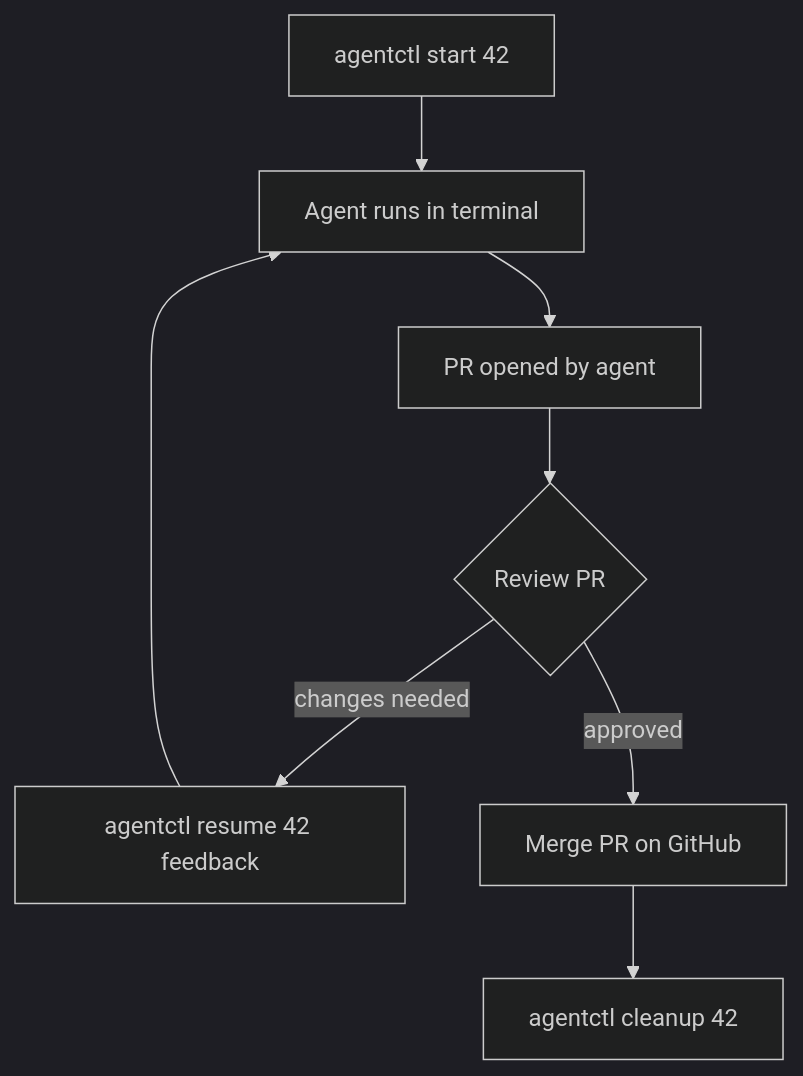
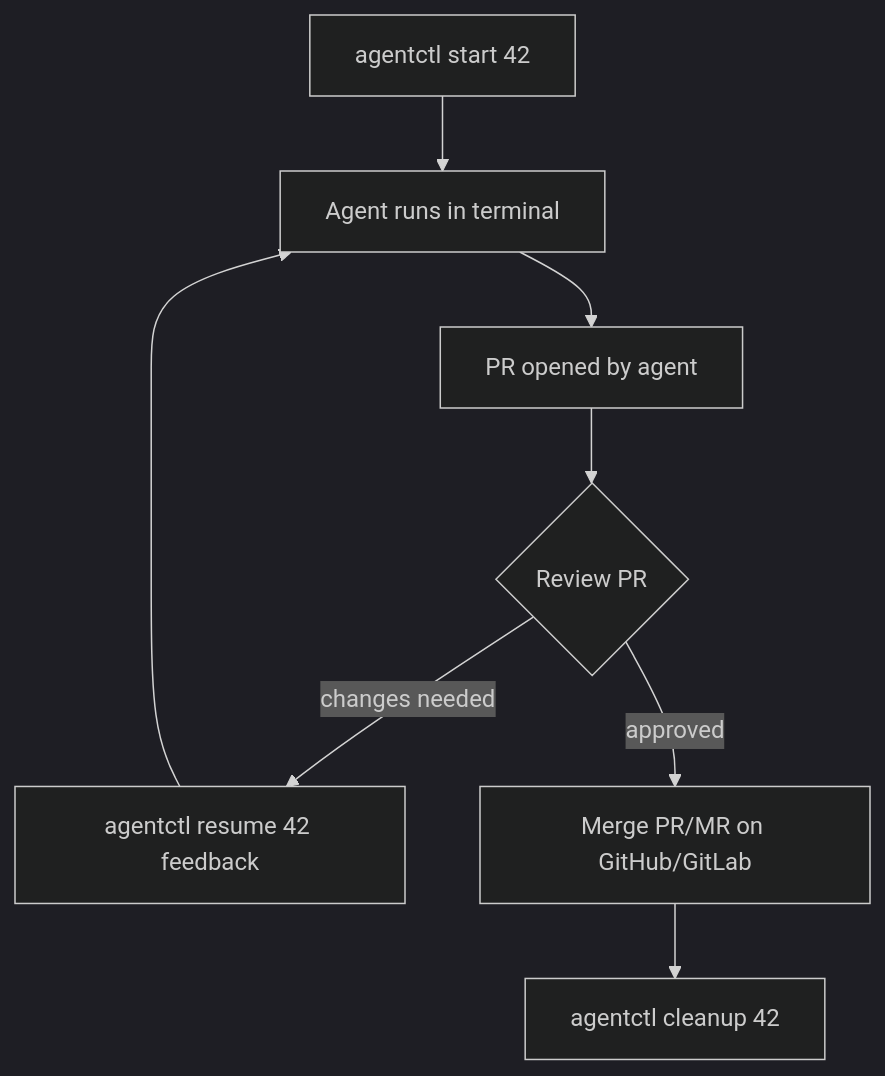
The first of 4 diagrams in docs/cli.md (arun-gupta/agentctl), drawn with Mermaid (dark theme) before and after one commit. The commit also changed other lines of this file and 1 other file, not shown here.

First line of the commit message:
docs: update README and cli.md to reflect GitLab support

````diff
--- a/docs/cli.md
+++ b/docs/cli.md
@@ -40,10 +40,10 @@
 ```mermaid
 flowchart TD
     A[agentctl start 42] --> B[Agent runs in terminal]
     B --> C[PR opened by agent]
     C --> D{Review PR}
     D -- changes needed --> E[agentctl resume 42 feedback]
     E --> B
-    D -- approved --> F[Merge PR on GitHub]
+    D -- approved --> F[Merge PR/MR on GitHub/GitLab]
     F --> G[agentctl cleanup 42]
 ```
````
